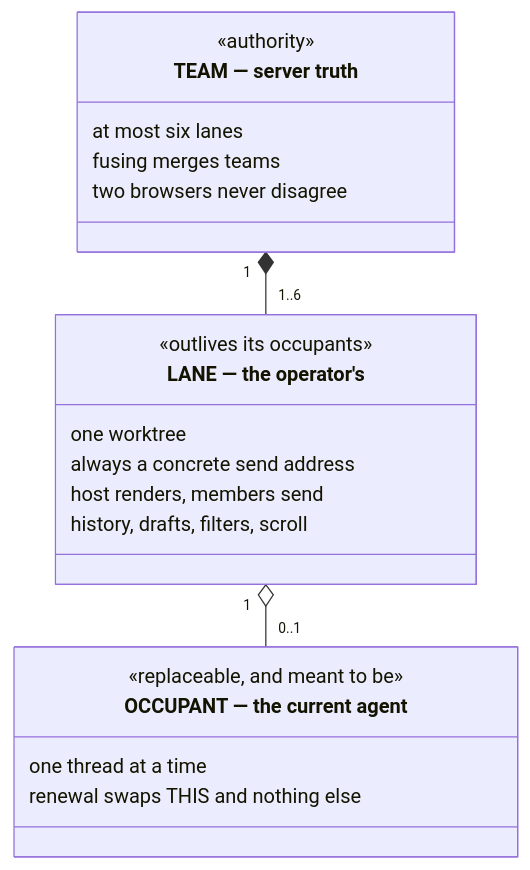
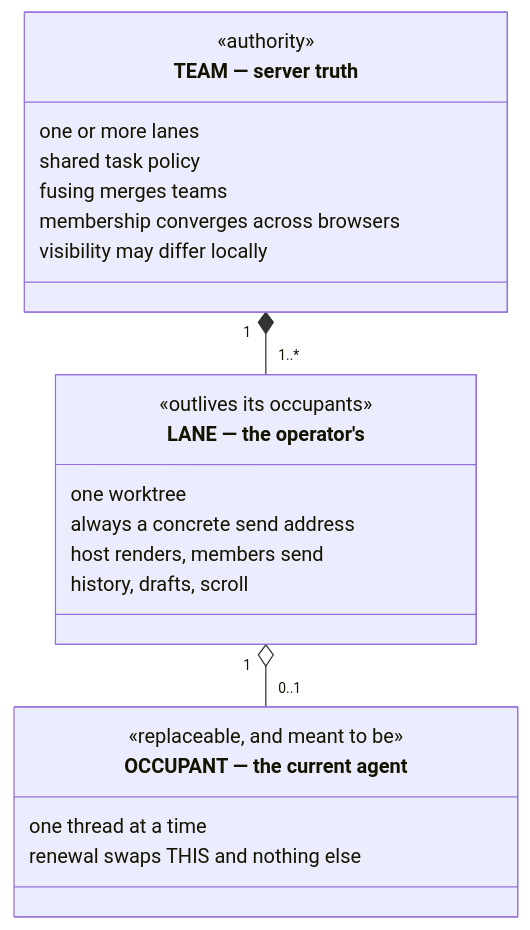
Diagram 17 of 25 in docs/product/value.md (infimalabs/spice-rust), drawn with Mermaid before and after one commit. The commit also changed other lines of this file and 71 other files, not shown here.

````diff
--- a/docs/product/value.md
+++ b/docs/product/value.md
@@ -327,23 +394,25 @@
 ```mermaid
 classDiagram
   class Team["TEAM — server truth"] {
     <<authority>>
-    at most six lanes
+    one or more lanes
+    shared task policy
     fusing merges teams
-    two browsers never disagree
+    membership converges across browsers
+    visibility may differ locally
   }
   class Lane["LANE — the operator's"] {
     <<outlives its occupants>>
     one worktree
     always a concrete send address
     host renders, members send
-    history, drafts, filters, scroll
+    history, drafts, scroll
   }
   class Occupant["OCCUPANT — the current agent"] {
     <<replaceable, and meant to be>>
     one thread at a time
     renewal swaps THIS and nothing else
   }
-  Team "1" *-- "1..6" Lane
+  Team "1" *-- "1..*" Lane
   Lane "1" o-- "0..1" Occupant
 ```
````
